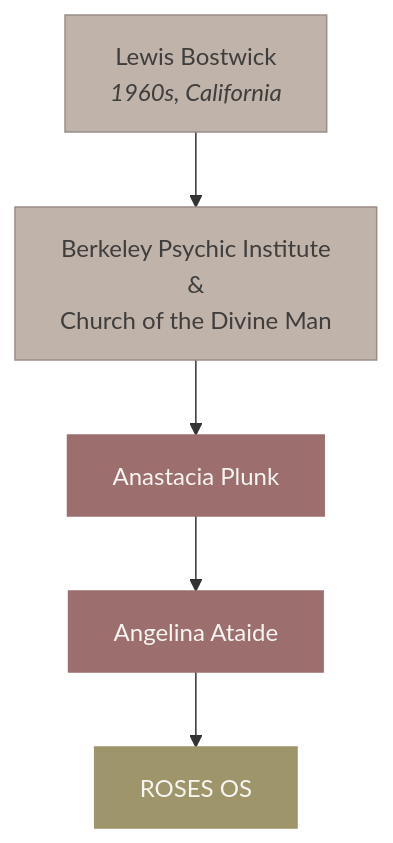
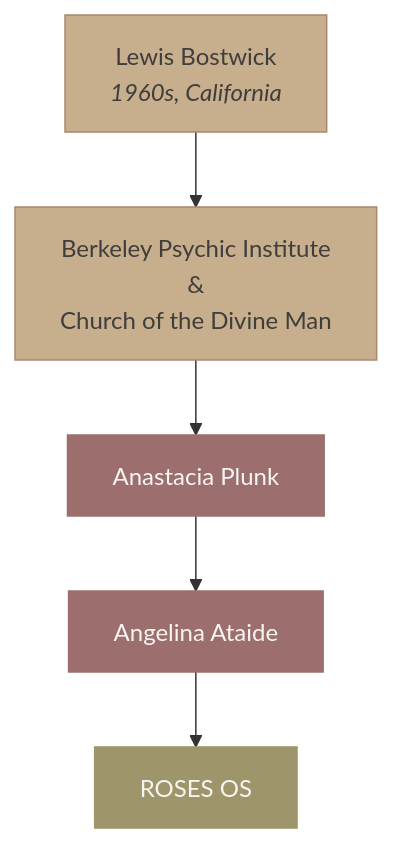
One commit to Light-Brands/roses-os changed the third of 28 diagrams in docs/brand/brand-dna.md. Above: the diagram before and after it, drawn with Mermaid. The commit also changed other lines of this file and 2 other files, not shown here.

````diff
--- a/docs/brand/brand-dna.md
+++ b/docs/brand/brand-dna.md
@@ -128,13 +128,13 @@
 ```mermaid
 graph TD
     LB["Lewis Bostwick<br/><i>1960s, California</i>"] --> BPI["Berkeley Psychic Institute<br/>&<br/>Church of the Divine Man"]
     BPI --> AP["Anastacia Plunk"]
     AP --> AA["Angelina Ataide"]
     AA --> ROS["ROSES OS"]
 
-    style LB fill:#BFB3AA,color:#3F3E3C,stroke:#9A8F88
-    style BPI fill:#BFB3AA,color:#3F3E3C,stroke:#9A8F88
+    style LB fill:#C7AE8C,color:#3F3E3C,stroke:#A8896D
+    style BPI fill:#C7AE8C,color:#3F3E3C,stroke:#A8896D
     style AP fill:#9C6F6E,color:#F7F5F2,stroke:#9C6F6E
     style AA fill:#9C6F6E,color:#F7F5F2,stroke:#9C6F6E
     style ROS fill:#9E956B,color:#F7F5F2,stroke:#9E956B
 ```
````
